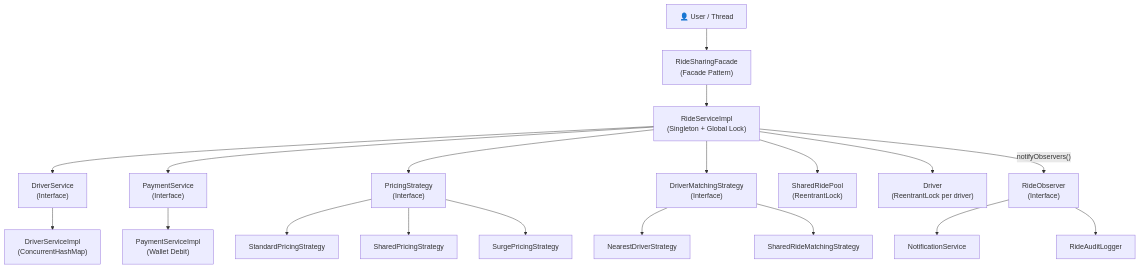
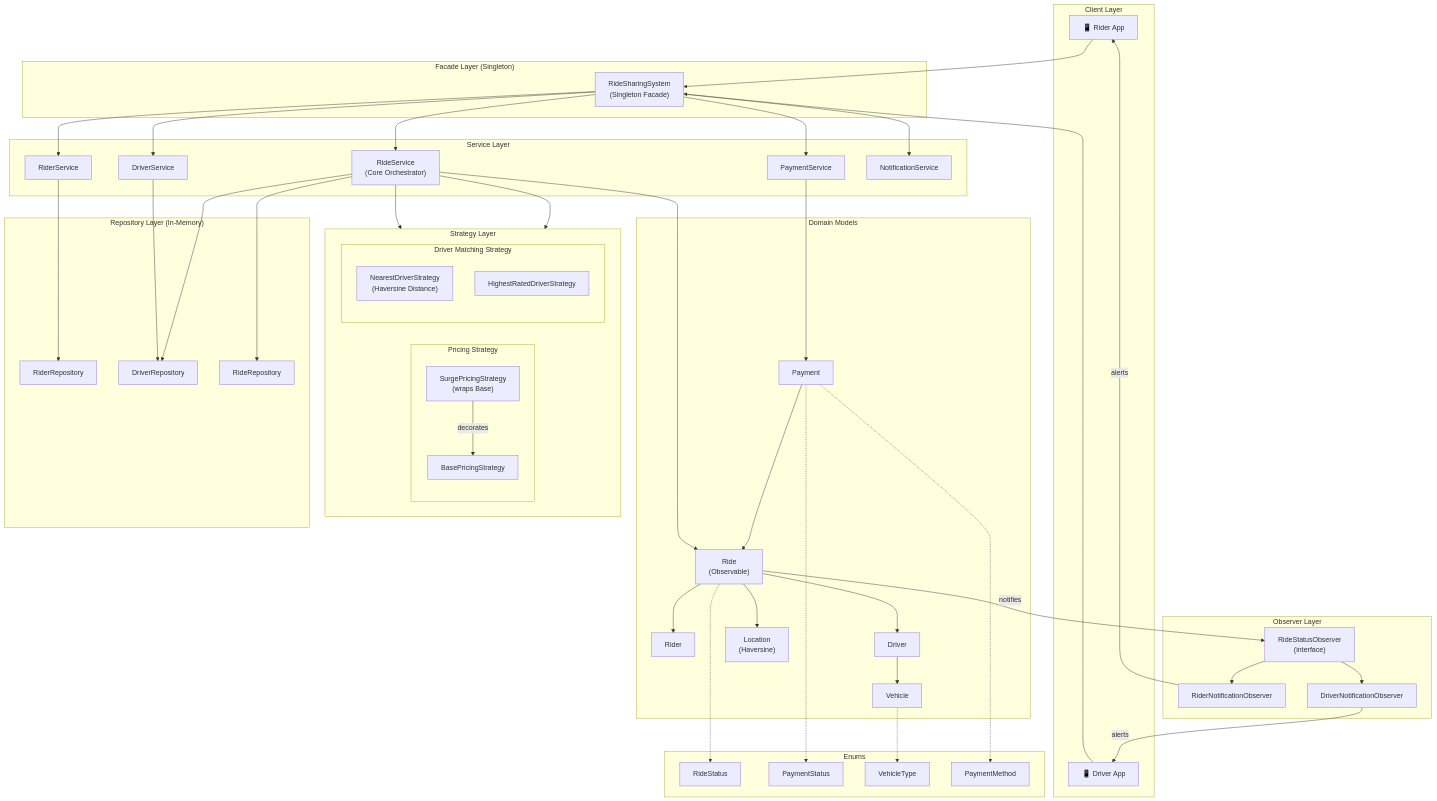
The first of 4 diagrams in Ride Sharing System/architecture.md (AnirudhGupta14/LowLevelDesigns), drawn with Mermaid before and after one commit. The commit also changed other lines of this file and 32 other files, not shown here.

````diff
--- a/Ride Sharing System/architecture.md
+++ b/Ride Sharing System/architecture.md
@@ -55,42 +11,107 @@
 ```mermaid
 flowchart TD
-    User["👤 User / Thread"]
-    Facade["RideSharingFacade\n(Facade Pattern)"]
-    RideSvc["RideServiceImpl\n(Singleton + Global Lock)"]
-    DriverSvc["DriverService\n(Interface)"]
-    DriverImpl["DriverServiceImpl\n(ConcurrentHashMap)"]
-    PaySvc["PaymentService\n(Interface)"]
-    PayImpl["PaymentServiceImpl\n(Wallet Debit)"]
-    Pricing["PricingStrategy\n(Interface)"]
-    Standard["StandardPricingStrategy"]
-    Shared["SharedPricingStrategy"]
-    Surge["SurgePricingStrategy"]
-    Matching["DriverMatchingStrategy\n(Interface)"]
-    Nearest["NearestDriverStrategy"]
-    SharedMatch["SharedRideMatchingStrategy"]
-    Pool["SharedRidePool\n(ReentrantLock)"]
-    DriverLock["Driver\n(ReentrantLock per driver)"]
-    Observer["RideObserver\n(Interface)"]
-    Notify["NotificationService"]
-    Audit["RideAuditLogger"]
+    subgraph CLIENT["Client Layer"]
+        RA["📱 Rider App"]
+        DA["📱 Driver App"]
+    end
 
-    User --> Facade
-    Facade --> RideSvc
-    RideSvc --> DriverSvc
-    RideSvc --> PaySvc
-    RideSvc --> Pricing
-    RideSvc --> Matching
-    RideSvc --> Pool
-    RideSvc --> DriverLock
-    RideSvc -- "notifyObservers()" --> Observer
+    subgraph FACADE["Facade Layer (Singleton)"]
+        RSS["RideSharingSystem\n(Singleton Facade)"]
+    end
 
-    DriverSvc --> DriverImpl
-    PaySvc --> PayImpl
-    Pricing --> Standard
-    Pricing --> Shared
-    Pricing --> Surge
-    Matching --> Nearest
-    Matching --> SharedMatch
-    Observer --> Notify
-    Observer --> Audit
+    subgraph SERVICES["Service Layer"]
+        RS["RideService\n(Core Orchestrator)"]
+        DS["DriverService"]
+        RIS["RiderService"]
+        PS["PaymentService"]
+        NS["NotificationService"]
+    end
+
+    subgraph STRATEGY["Strategy Layer"]
+        direction LR
+        subgraph PRICING["Pricing Strategy"]
+            BPS["BasePricingStrategy"]
+            SPS["SurgePricingStrategy\n(wraps Base)"]
+        end
+        subgraph MATCHING["Driver Matching Strategy"]
+            NDS["NearestDriverStrategy\n(Haversine Distance)"]
+            HRS["HighestRatedDriverStrategy"]
+        end
+    end
+
+    subgraph OBSERVER["Observer Layer"]
+        RSO["RideStatusObserver\n(interface)"]
+        RNO["RiderNotificationObserver"]
+        DNO["DriverNotificationObserver"]
+    end
+
+    subgraph MODELS["Domain Models"]
+        RIDE["Ride\n(Observable)"]
+        RIDER["Rider"]
+        DRIVER["Driver"]
+        VEHICLE["Vehicle"]
+        PAYMENT["Payment"]
+        LOC["Location\n(Haversine)"]
+    end
+
+    subgraph REPO["Repository Layer (In-Memory)"]
+        RIDERREPO["RiderRepository"]
+        DRIVERREPO["DriverRepository"]
+        RIDEREPO["RideRepository"]
+    end
+
+    subgraph ENUMS["Enums"]
+        RSE["RideStatus"]
+        PSE["PaymentStatus"]
+        VTE["VehicleType"]
+        PME["PaymentMethod"]
+    end
+
+    %% Client to Facade
+    RA --> RSS
+    DA --> RSS
+
+    %% Facade to Services
+    RSS --> RS
+    RSS --> DS
+    RSS --> RIS
+    RSS --> PS
+    RSS --> NS
+
+    %% RideService uses strategies
+    RS --> PRICING
+    RS --> MATCHING
+
+    %% Strategy wrapping
+    SPS -->|"decorates"| BPS
+
+    %% Observer connections
+    RIDE -->|"notifies"| RSO
+    RSO --> RNO
+    RSO --> DNO
+    RNO -->|"alerts"| RA
+    DNO -->|"alerts"| DA
+
+    %% Service to Repository
+    RS --> RIDEREPO
+    RS --> DRIVERREPO
+    DS --> DRIVERREPO
+    RIS --> RIDERREPO
+
+    %% Models
+    RIDE --> RIDER
+    RIDE --> DRIVER
+    DRIVER --> VEHICLE
+    RIDE --> LOC
+    PAYMENT --> RIDE
+
+    %% Service to Models
+    RS --> RIDE
+    PS --> PAYMENT
+
+    %% Enums used by models
+    RIDE -.-> RSE
+    PAYMENT -.-> PSE
+    VEHICLE -.-> VTE
+    PAYMENT -.-> PME
 ```
````
